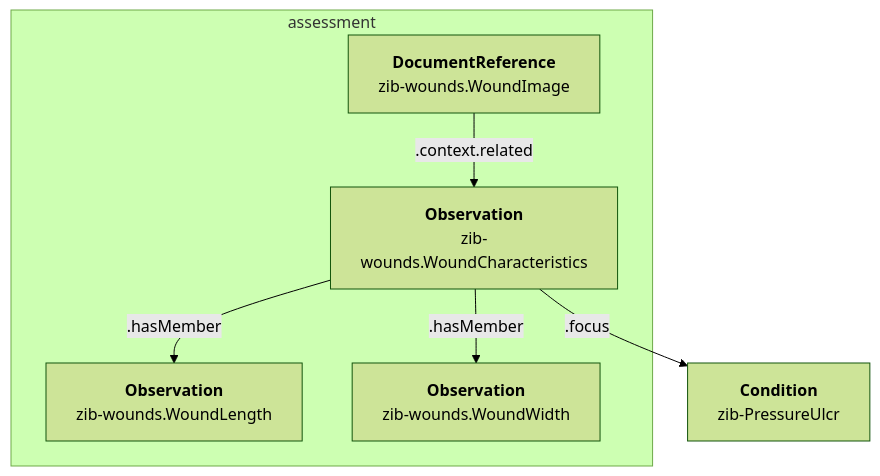
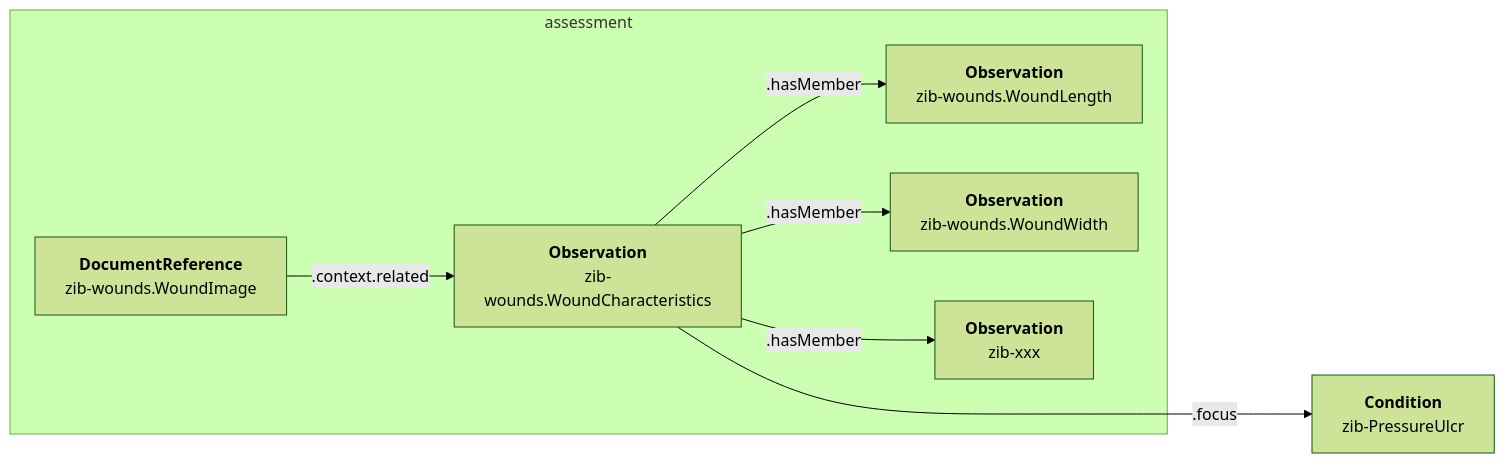
Before and after one commit to Nictiz/Nictiz-R4-zib2020: the second of 2 diagrams in documentation/Wound zibs.md, drawn with Mermaid (forest theme). The commit also changed other lines of this file, not shown here.

Commit message:
Tweak documentation

````diff
--- a/documentation/Wound zibs.md
+++ b/documentation/Wound zibs.md
@@ -74,24 +85,27 @@
 ```mermaid
-graph TD
+graph LR
     Condition["`**Condition**
     zib-PressureUlcr`"]
-    woundCharacteristics1 --.focus--> Condition
+    woundCharacteristics --.focus----> Condition
 
     subgraph assessment
-        woundImage1["`**DocumentReference**
+        woundImage["`**DocumentReference**
         zib-wounds.WoundImage`"]
-        woundCharacteristics1["`**Observation**
+        woundCharacteristics["`**Observation**
         zib-wounds.WoundCharacteristics`"]
-        length1["`**Observation**
+        length["`**Observation**
         zib-wounds.WoundLength`"]
-        width1["`**Observation**
+        width["`**Observation**
         zib-wounds.WoundWidth`"]
+        xxx["`**Observation**
+        zib-xxx`"]
 
-        woundImage1 --.context.related--> woundCharacteristics1
-        woundCharacteristics1 --.hasMember--> length1
-        woundCharacteristics1 --.hasMember--> width1
+        woundImage --.context.related--> woundCharacteristics
+        woundCharacteristics --.hasMember--> length
+        woundCharacteristics --.hasMember--> width
+        woundCharacteristics --.hasMember--> xxx
 
     end
 
     
 ```
````
